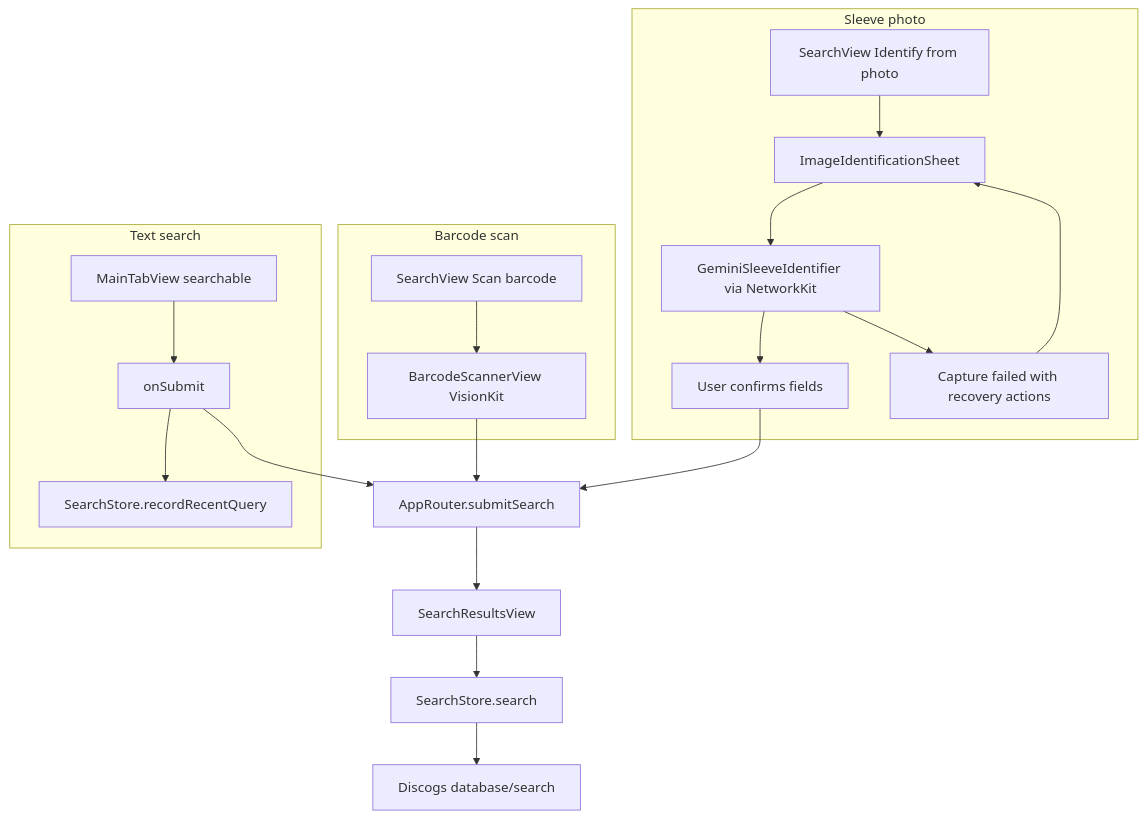
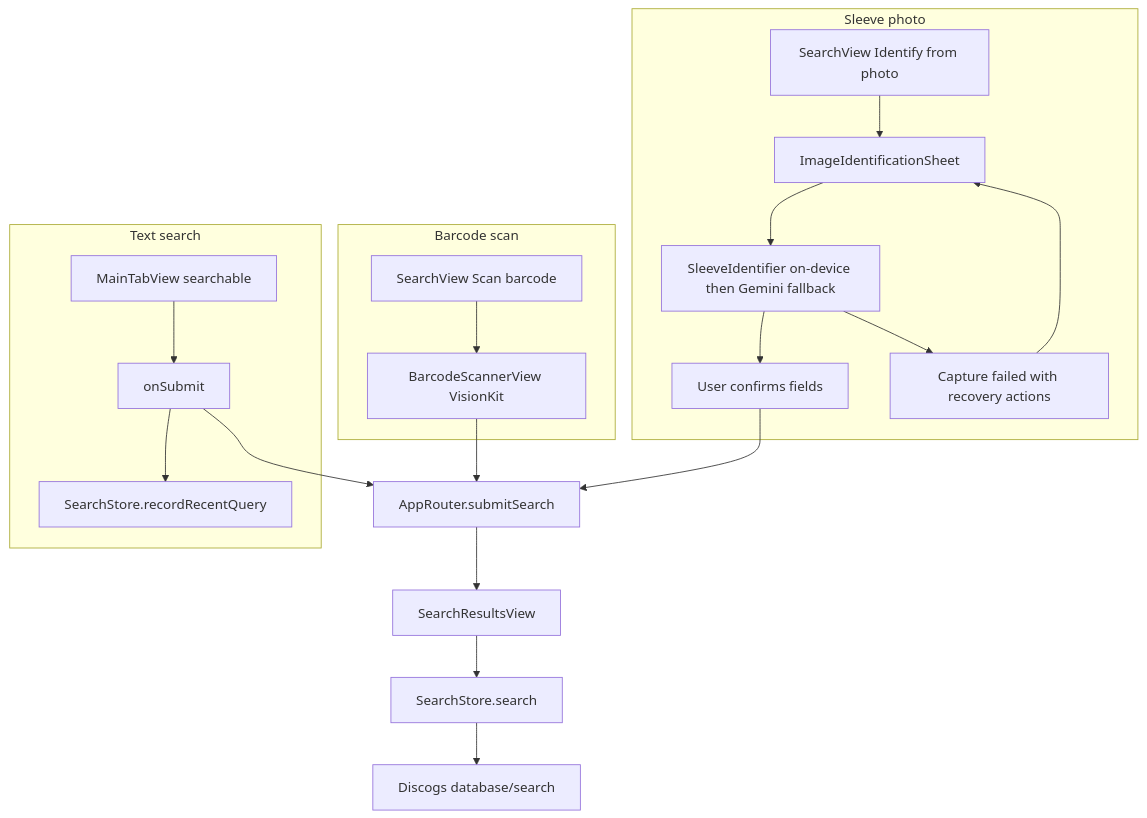
One commit to DamienThomp/discoscan-app changed the diagram in docs/release-search.md. Above: the diagram before and after it, drawn with Mermaid. The commit also changed other lines of this file and 16 other files, not shown here.

Commit message:
refactor: sleeve identifier and tests

````diff
--- a/docs/release-search.md
+++ b/docs/release-search.md
@@ -7,39 +7,39 @@
 ```mermaid
 flowchart TB
     subgraph textPath [Text search]
         tabField[MainTabView searchable]
         submit[onSubmit]
         recents[SearchStore.recordRecentQuery]
         tabField --> submit --> recents
     end
 
     subgraph barcodePath [Barcode scan]
         scanBtn[SearchView Scan barcode]
         scanner[BarcodeScannerView VisionKit]
         scanBtn --> scanner
     end
 
     subgraph photoPath [Sleeve photo]
         photoBtn[SearchView Identify from photo]
         sheet[ImageIdentificationSheet]
-        gemini[GeminiSleeveIdentifier via NetworkKit]
+        identify[SleeveIdentifier on-device then Gemini fallback]
         confirm[User confirms fields]
         failed[Capture failed with recovery actions]
-        photoBtn --> sheet --> gemini
-        gemini --> confirm
-        gemini --> failed
+        photoBtn --> sheet --> identify
+        identify --> confirm
+        identify --> failed
         failed --> sheet
     end
 
     router[AppRouter.submitSearch]
     results[SearchResultsView]
     store[SearchStore.search]
     discogs[Discogs database/search]
 
     submit --> router
     scanner --> router
     confirm --> router
     router --> results
     results --> store
     store --> discogs
 ```
````
